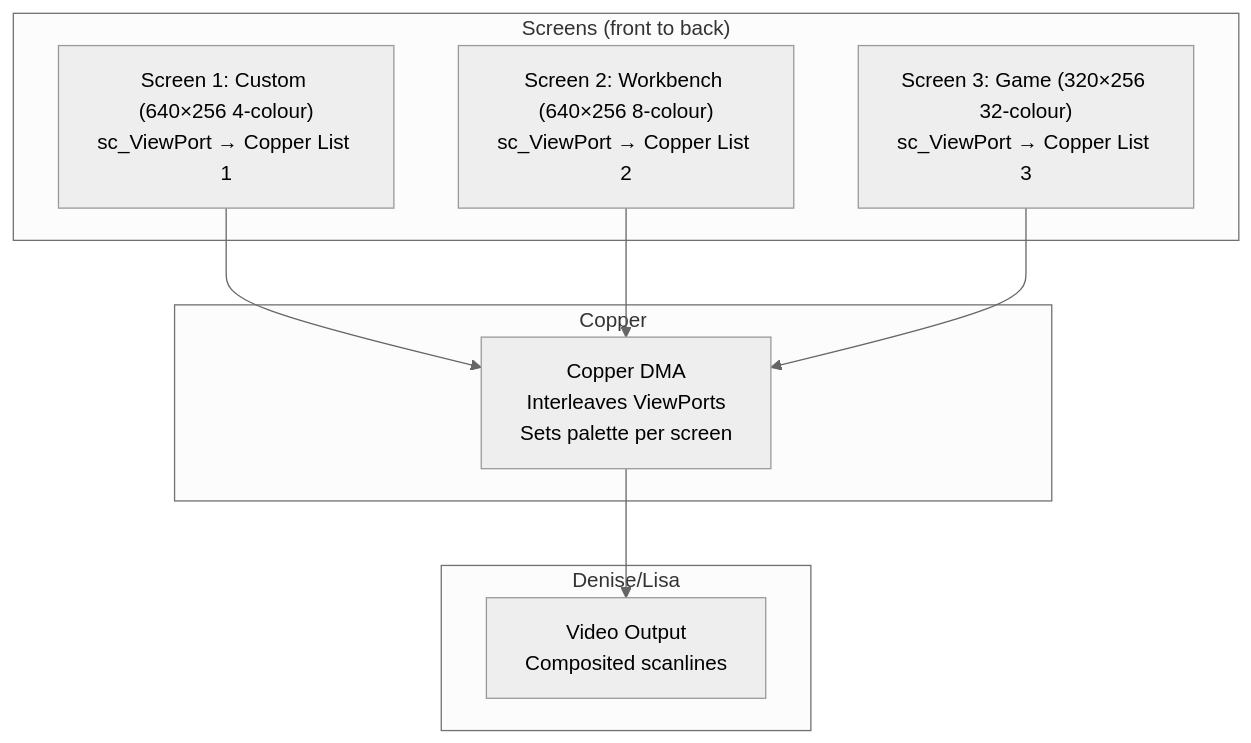
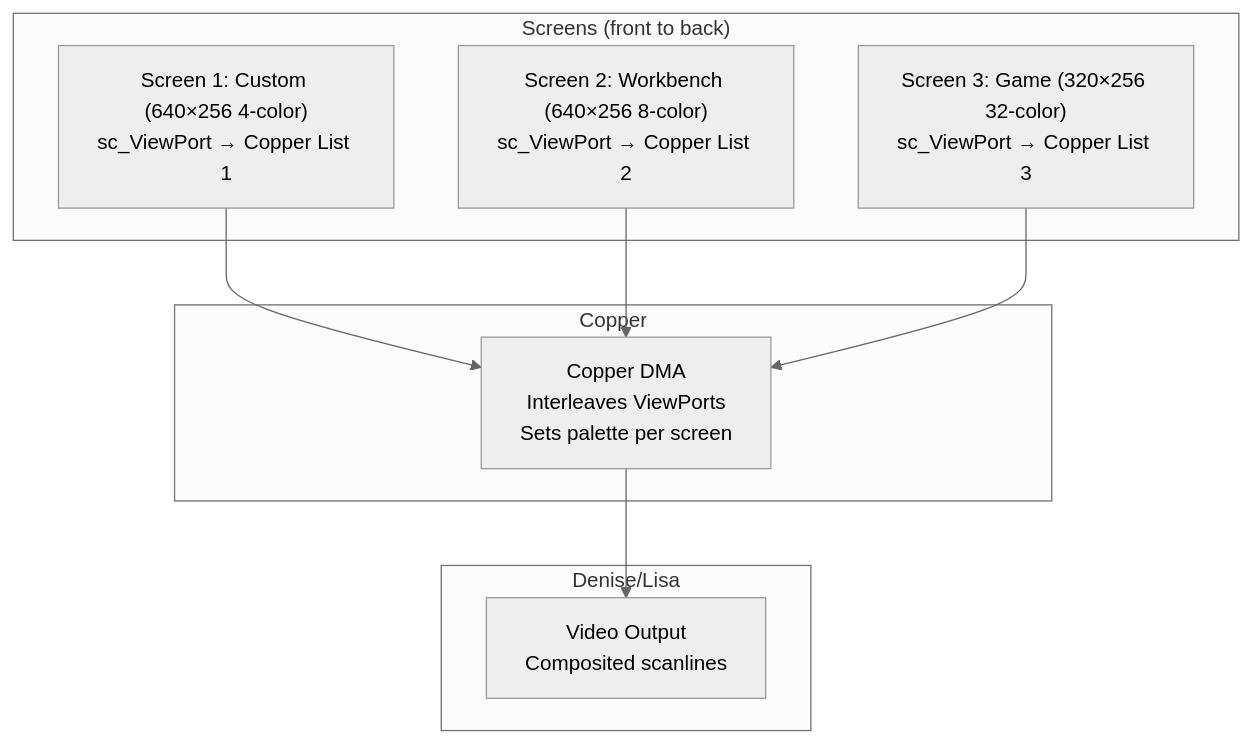
The sixth of 7 diagrams in 09_intuition/README.md (alfishe/amiga-bootcamp), drawn with Mermaid (neutral theme) before and after one commit. The commit also changed other lines of this file and 89 other files, not shown here.

````diff
--- a/09_intuition/README.md
+++ b/09_intuition/README.md
@@ -246,19 +247,19 @@
 ```mermaid
 graph TB
     subgraph "Screens (front to back)"
-        S1["Screen 1: Custom (640×256 4-colour)<br/>sc_ViewPort → Copper List 1"]
-        S2["Screen 2: Workbench (640×256 8-colour)<br/>sc_ViewPort → Copper List 2"]
-        S3["Screen 3: Game (320×256 32-colour)<br/>sc_ViewPort → Copper List 3"]
+        S1["Screen 1: Custom (640×256 4-color)<br/>sc_ViewPort → Copper List 1"]
+        S2["Screen 2: Workbench (640×256 8-color)<br/>sc_ViewPort → Copper List 2"]
+        S3["Screen 3: Game (320×256 32-color)<br/>sc_ViewPort → Copper List 3"]
     end
 
     subgraph "Copper"
         COP["Copper DMA<br/>Interleaves ViewPorts<br/>Sets palette per screen"]
     end
 
     subgraph "Denise/Lisa"
         OUT["Video Output<br/>Composited scanlines"]
     end
 
     S1 & S2 & S3 --> COP
     COP --> OUT
 ```
````
